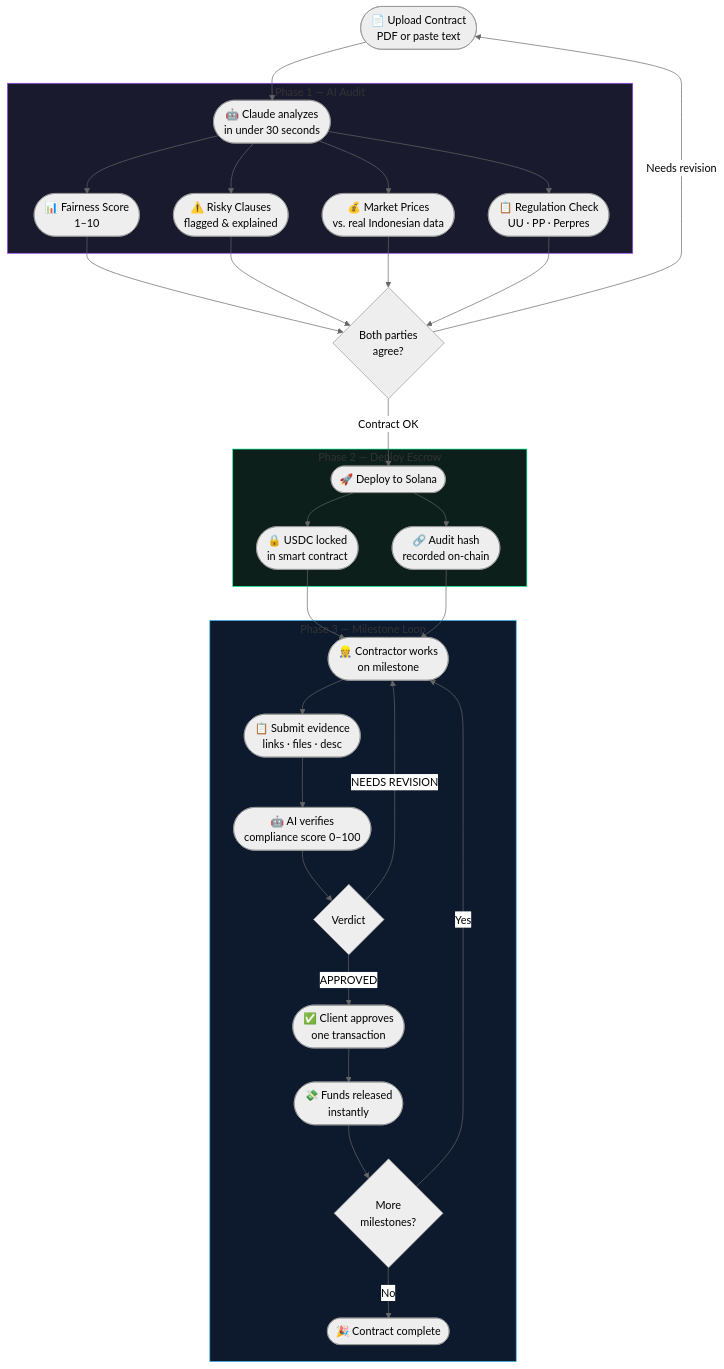
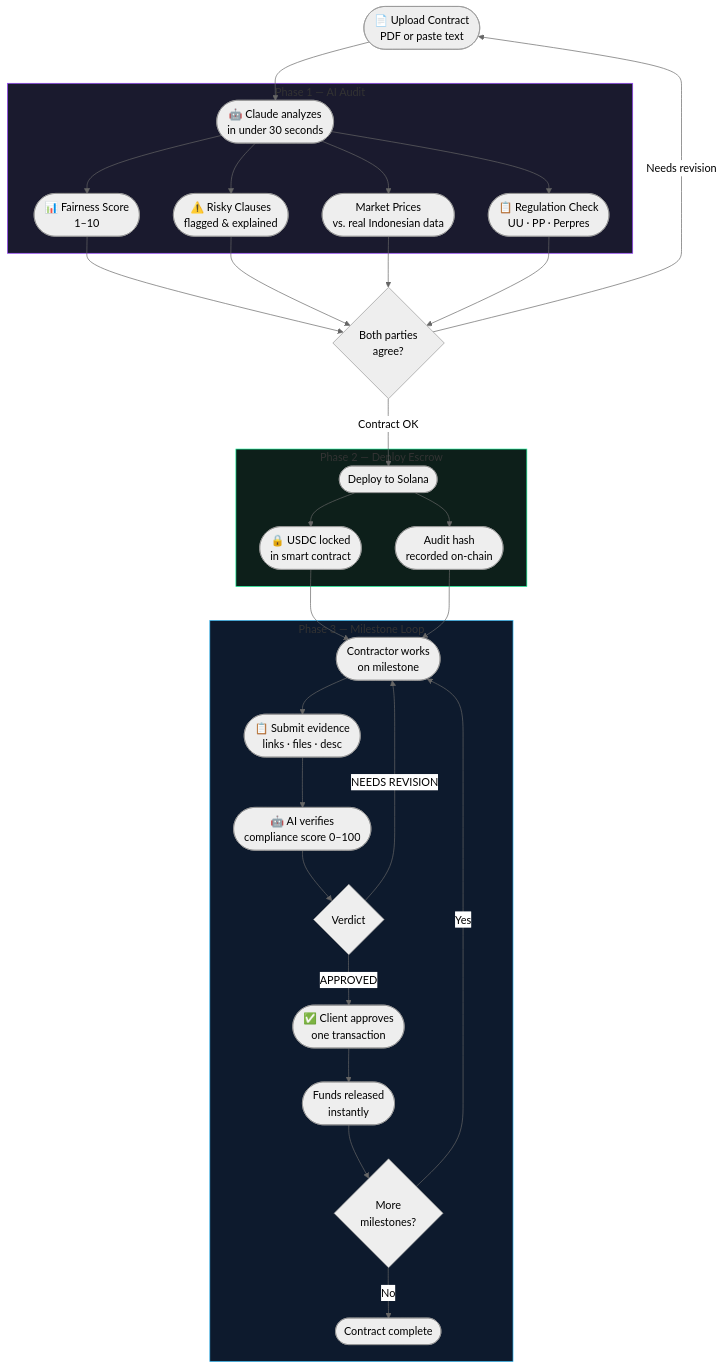
The diagram in docs/product/solution.md (ContracGuardAI/frontend), drawn with Mermaid (neutral theme) before and after one commit. The commit also changed 6 other files, not shown here.

````diff
--- a/docs/product/solution.md
+++ b/docs/product/solution.md
@@ -11,38 +11,38 @@
 ```mermaid
 flowchart TD
     A([📄 Upload Contract\nPDF or paste text]) --> B
 
     subgraph AUDIT ["Phase 1 — AI Audit"]
         B([🤖 Claude analyzes\nin under 30 seconds]) --> C1([📊 Fairness Score\n1–10])
         B --> C2([⚠️ Risky Clauses\nflagged & explained])
-        B --> C3([💰 Market Prices\nvs. real Indonesian data])
+        B --> C3([Market Prices\nvs. real Indonesian data])
         B --> C4([📋 Regulation Check\nUU · PP · Perpres])
     end
 
     C1 & C2 & C3 & C4 --> D{Both parties\nagree?}
     D -->|Needs revision| A
     D -->|Contract OK| E
 
     subgraph DEPLOY ["Phase 2 — Deploy Escrow"]
-        E([🚀 Deploy to Solana]) --> F1([🔒 USDC locked\nin smart contract])
-        E --> F2([🔗 Audit hash\nrecorded on-chain])
+        E([Deploy to Solana]) --> F1([🔒 USDC locked\nin smart contract])
+        E --> F2([Audit hash\nrecorded on-chain])
     end
 
     F1 & F2 --> G
 
     subgraph MILESTONE ["Phase 3 — Milestone Loop"]
-        G([👷 Contractor works\non milestone]) --> H([📋 Submit evidence\nlinks · files · desc])
+        G([Contractor works\non milestone]) --> H([📋 Submit evidence\nlinks · files · desc])
         H --> I([🤖 AI verifies\ncompliance score 0–100])
         I --> J{Verdict}
         J -->|NEEDS REVISION| G
         J -->|APPROVED| K([✅ Client approves\none transaction])
-        K --> L([💸 Funds released\ninstantly])
+        K --> L([Funds released\ninstantly])
         L --> M{More\nmilestones?}
         M -->|Yes| G
-        M -->|No| N([🎉 Contract complete])
+        M -->|No| N([Contract complete])
     end
 
     style AUDIT fill:#1a1a2e,stroke:#9945FF
     style DEPLOY fill:#0d1f1a,stroke:#14F195
     style MILESTONE fill:#0d1a2d,stroke:#38BDF8
 ```
````
